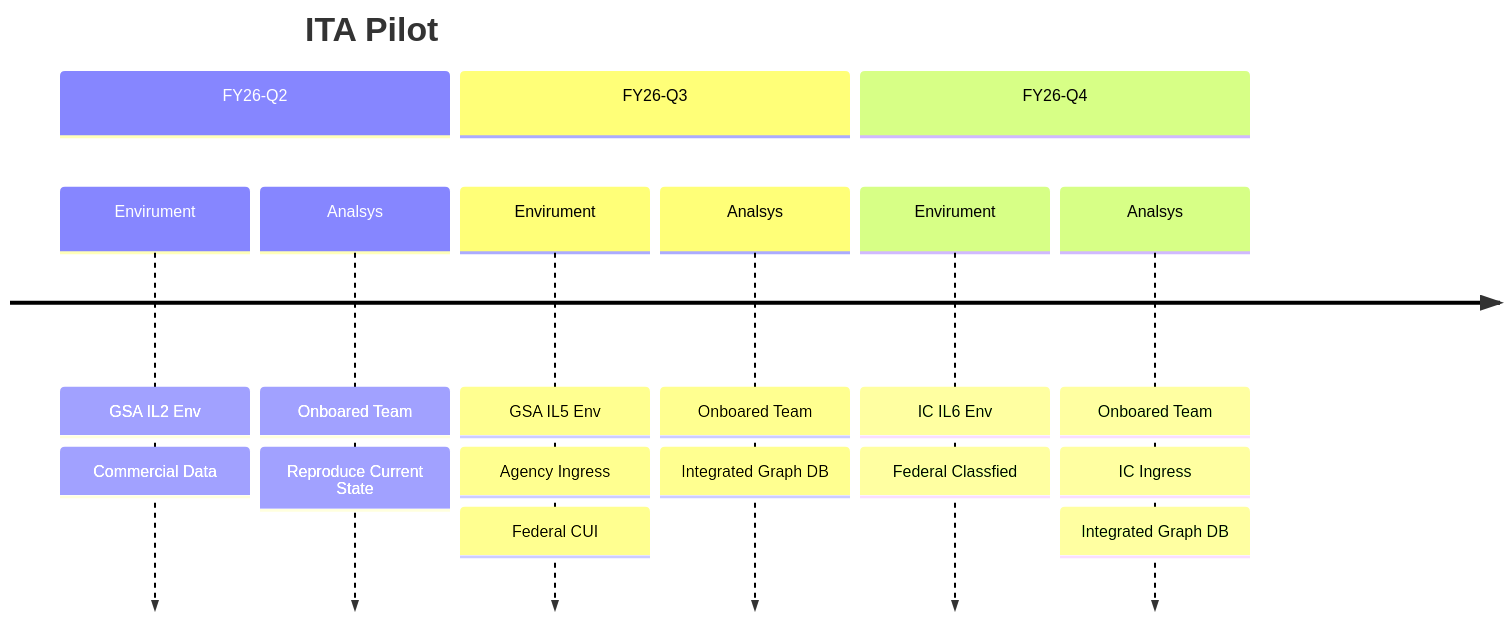
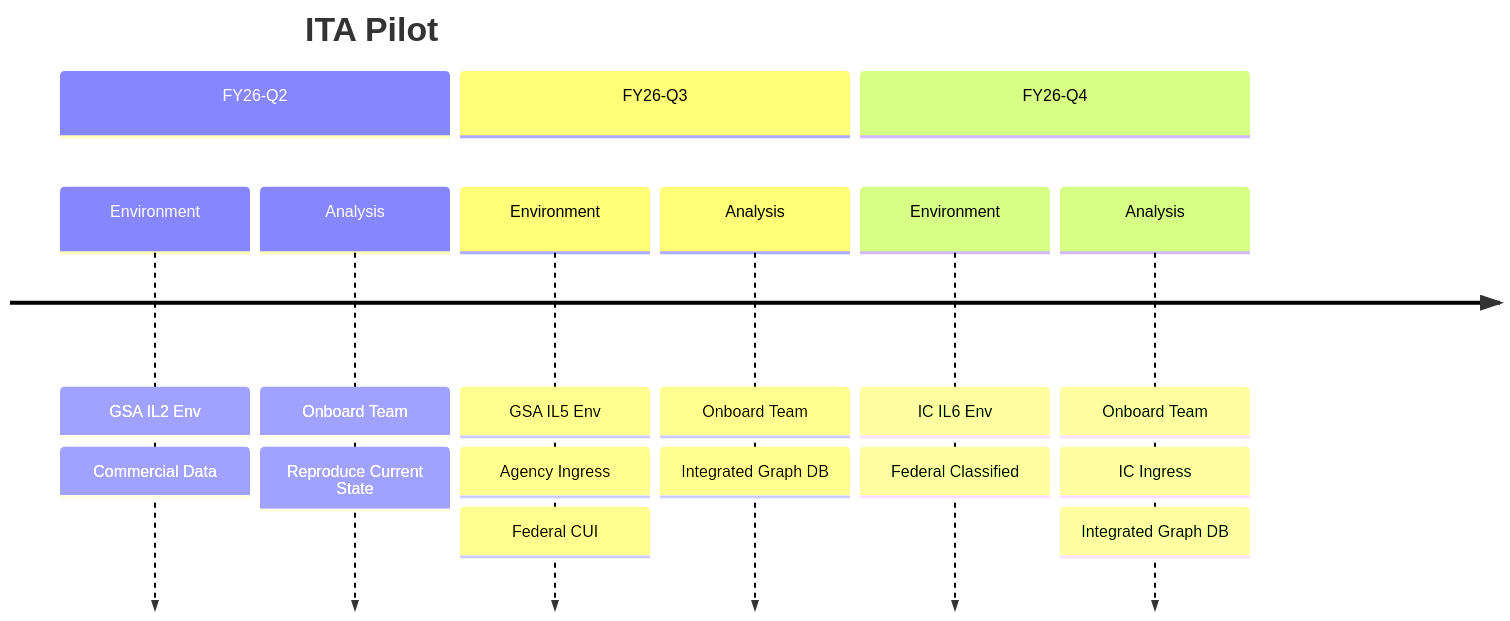
One commit to adam-grandt-tts/white-paper changed the second of 2 diagrams in timeline.md. Above: the diagram before and after it, drawn with Mermaid. The commit also changed other lines of this file, not shown here.

Commit message:
some cleanup

````diff
--- a/timeline.md
+++ b/timeline.md
@@ -19,14 +19,14 @@
 ```mermaid 
 timeline
 	title ITA Pilot
 	section FY26-Q2
-		Envirument : GSA IL2 Env : Commercial Data
-		Analsys: Onboared Team : Reproduce Current State
+		Environment : GSA IL2 Env : Commercial Data
+		Analysis: Onboard Team : Reproduce Current State
 	section FY26-Q3
-		Envirument : GSA IL5 Env : Agency Ingress : Federal CUI 
-		Analsys: Onboared Team : Integrated Graph DB
+		Environment : GSA IL5 Env : Agency Ingress : Federal CUI 
+		Analysis: Onboard Team : Integrated Graph DB
 	section FY26-Q4
-		Envirument : IC IL6 Env : Federal Classfied
-		Analsys: Onboared Team : IC Ingress : Integrated Graph DB
+		Environment : IC IL6 Env : Federal Classified
+		Analysis: Onboard Team : IC Ingress : Integrated Graph DB
 	
 ```
````
